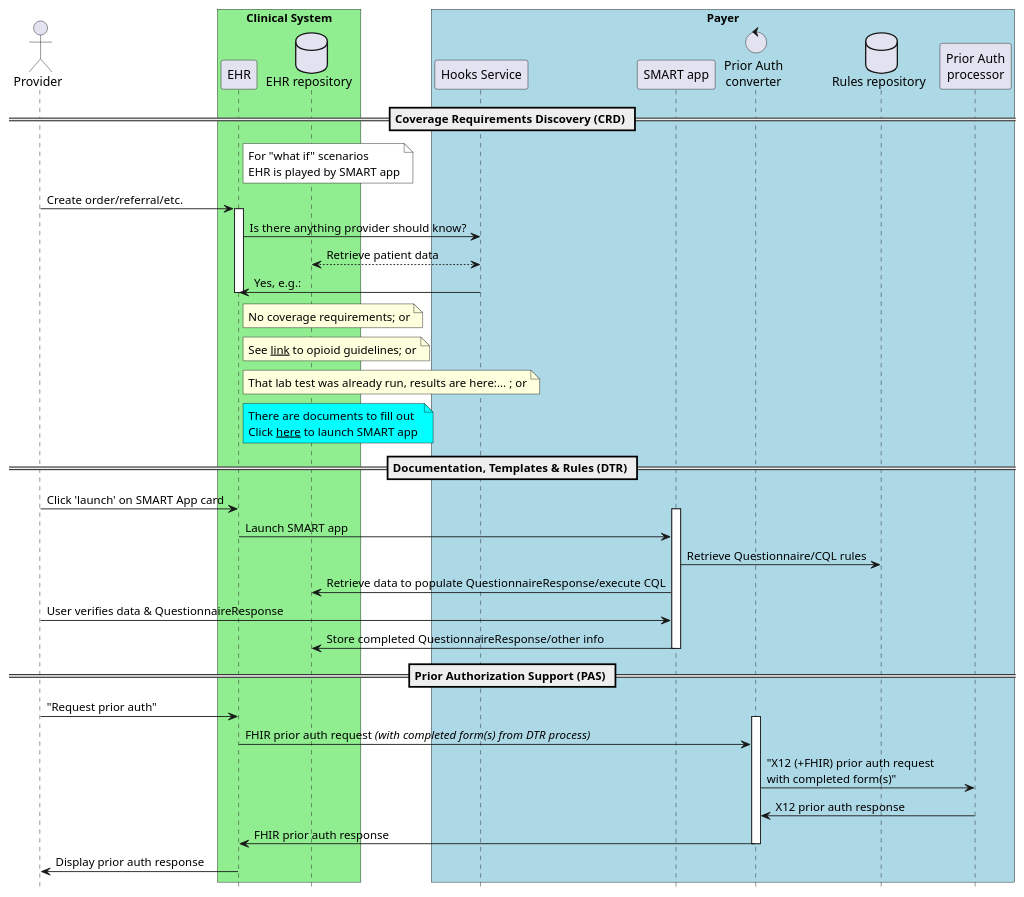
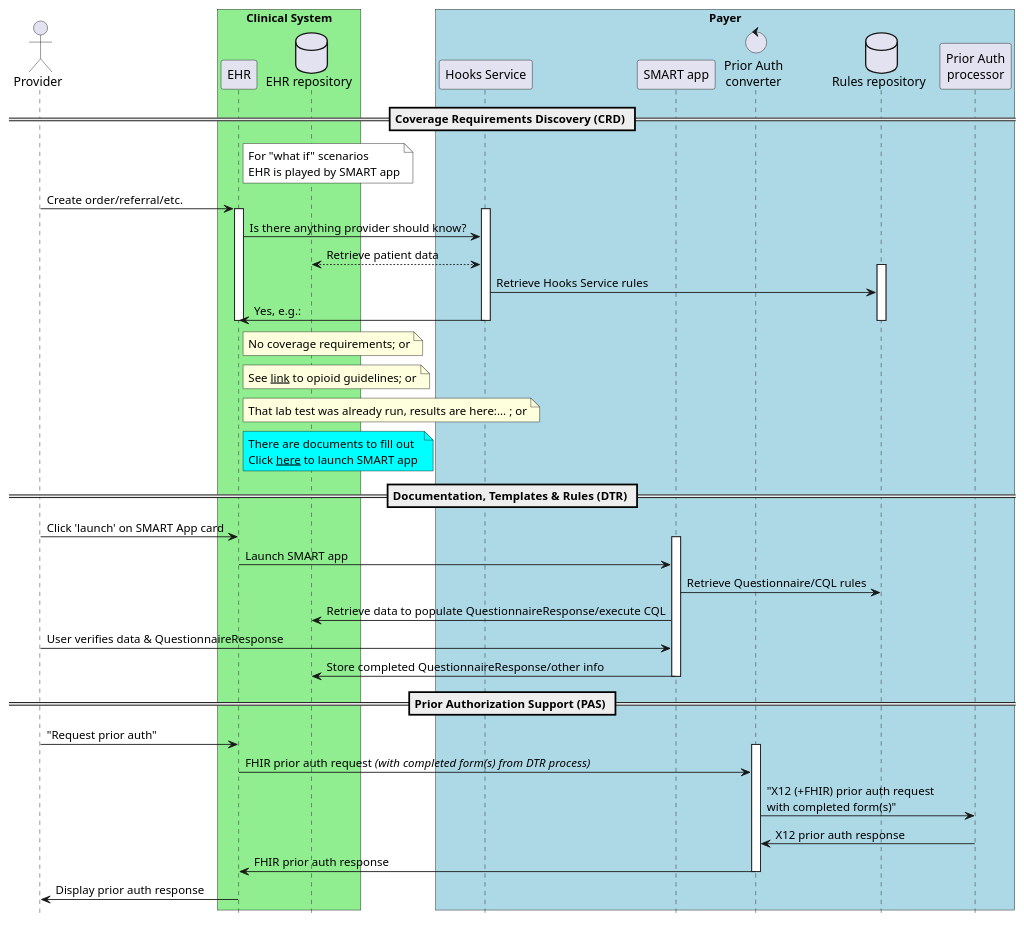
The diagram in images-source/burdenReduction.plantuml (HL7/ig-template-davinci), drawn with PlantUML before and after one commit.

Commit message:
Updates from Larry to add CDS Hooks service to burden reduction diagram

```diff
--- a/images-source/burdenReduction.plantuml
+++ b/images-source/burdenReduction.plantuml
@@ -1,53 +1,58 @@
 @startuml
 hide footbox
 actor "Provider"
 box "Clinical System" #LightGreen
   participant EHR
   database "EHR repository"
 end box
 box "Payer" #LightBlue
   participant "Hooks Service"
   participant "SMART app"
   control converter as "Prior Auth\nconverter"
   database "Rules repository"
   participant processor as "Prior Auth\nprocessor"
 end box
 
 == Coverage Requirements Discovery (CRD) ==
 
 note right of EHR #white
   For "what if" scenarios
   EHR is played by SMART app
 end note
 "Provider" -> "EHR" : Create order/referral/etc.
 Activate EHR
-  "EHR" -> "Hooks Service" : Is there anything provider should know?
+Activate "Hooks Service"
+  "EHR" -> "Hooks Service" : Is there anything provider should know? 
   "Hooks Service" <--> "EHR repository" : Retrieve patient data
+Activate "Rules repository"
+   "Hooks Service" -> "Rules repository" : Retrieve Hooks Service rules
   "EHR" <- "Hooks Service" : Yes, e.g.:
+Deactivate "Rules repository"  
+Deactivate "Hooks Service"
   note right of EHR: No coverage requirements; or
   note right of EHR: See __link__ to opioid guidelines; or
   note right of EHR: That lab test was already run, results are here:... ; or
   note right of EHR #aqua
     There are documents to fill out
     Click __here__ to launch SMART app 
   end note
 Deactivate EHR
 == Documentation, Templates & Rules (DTR) ==
 "Provider" -> "EHR": Click 'launch' on SMART App card
 Activate "SMART app"
   "EHR" -> "SMART app": Launch SMART app
   "SMART app" -> "Rules repository": Retrieve Questionnaire/CQL rules
   "SMART app" -> "EHR repository": Retrieve data to populate QuestionnaireResponse/execute CQL
   "SMART app" <- "Provider": User verifies data & QuestionnaireResponse
   "SMART app" -> "EHR repository": Store completed QuestionnaireResponse/other info
 Deactivate "SMART app"
 == Prior Authorization Support (PAS) ==
 Provider -> EHR: "Request prior auth"
 Activate converter
   EHR -> converter: FHIR prior auth request //(with completed form(s) from DTR process)//
   converter -> processor: "X12 (+FHIR) prior auth request\nwith completed form(s)"
   processor -> converter: X12 prior auth response
   converter -> EHR: FHIR prior auth response
 Deactivate converter
 EHR -> Provider: Display prior auth response
 @enduml
```
